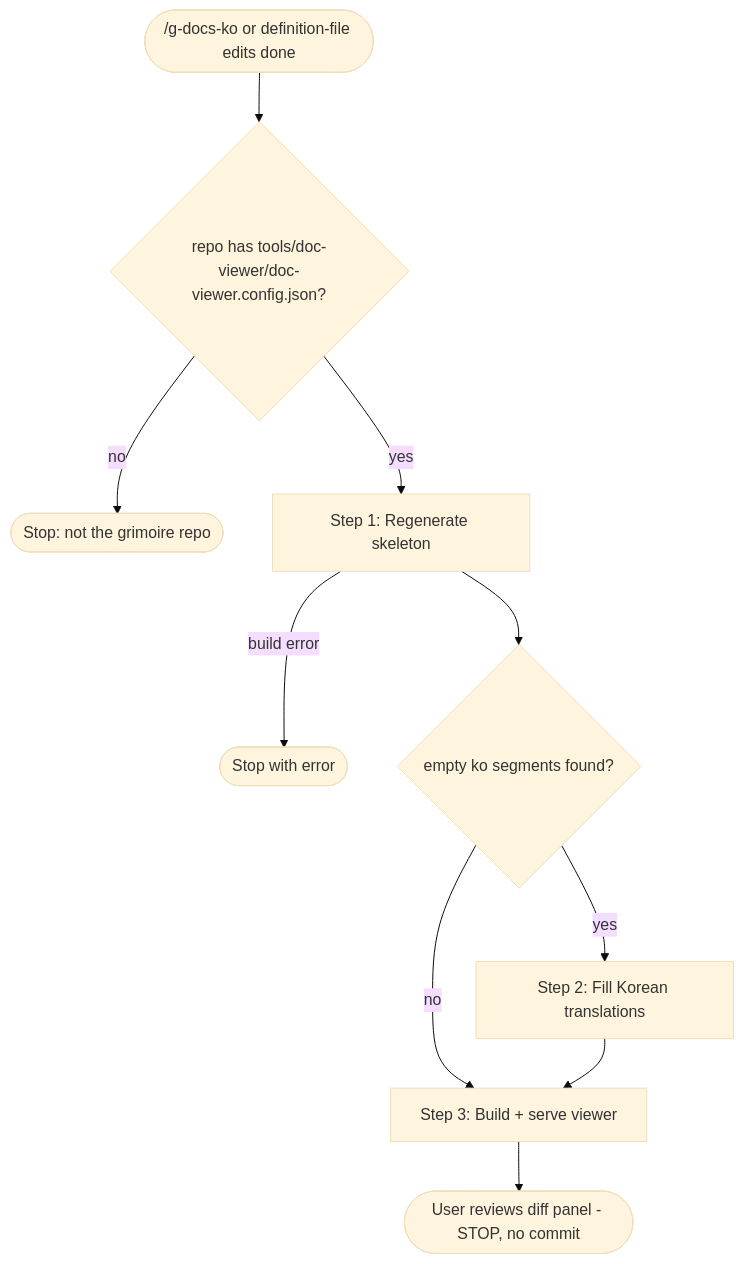
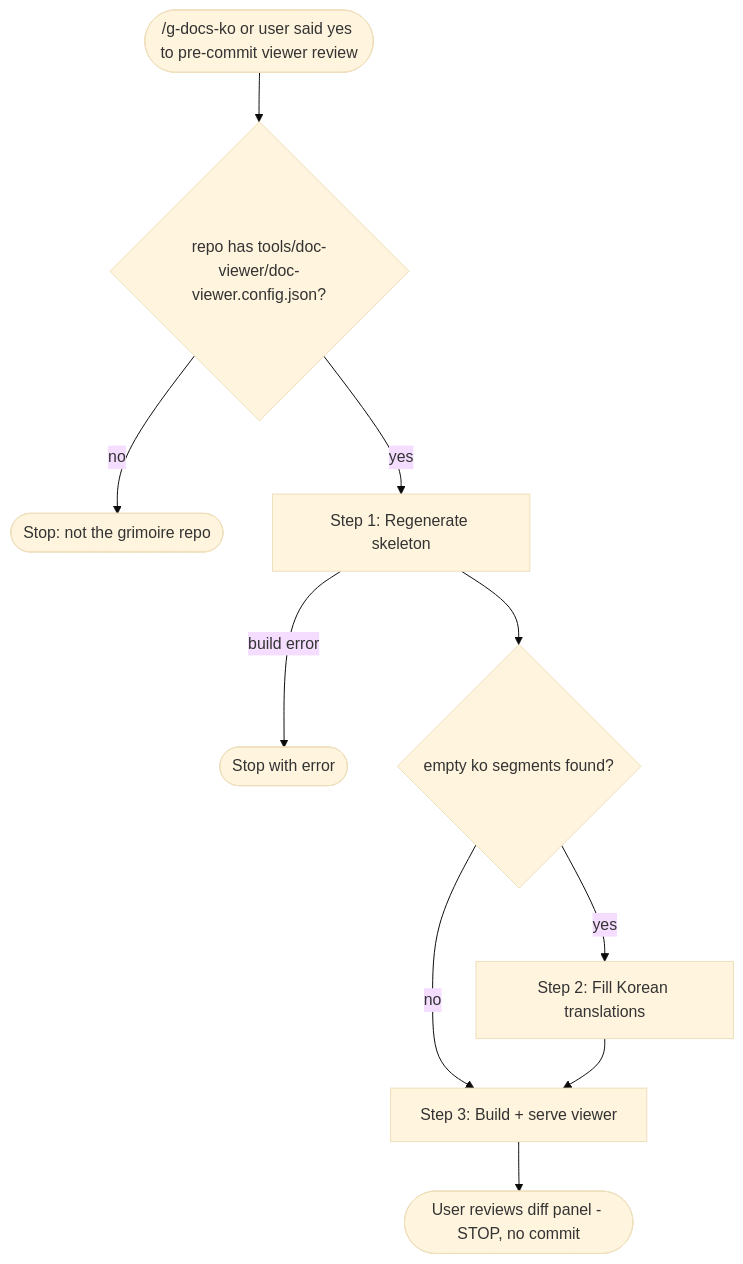
One commit to gloriaJun/grimoire changed the diagram in claude/skills/g-docs-ko/SKILL.md. Above: the diagram before and after it, drawn with Mermaid (base theme). The commit also changed other lines of this file and 7 other files, not shown here.

First line of the commit message:
feat: add korean-review gate for definition files

````diff
--- a/claude/skills/g-docs-ko/SKILL.md
+++ b/claude/skills/g-docs-ko/SKILL.md
@@ -18,12 +20,12 @@
 ```mermaid
 flowchart TD
-    A(["/g-docs-ko or definition-file edits done"]) --> B{"repo has tools/doc-viewer/doc-viewer.config.json?"}
+    A(["/g-docs-ko or user said yes to pre-commit viewer review"]) --> B{"repo has tools/doc-viewer/doc-viewer.config.json?"}
     B -- no --> Z(["Stop: not the grimoire repo"])
     B -- yes --> C["Step 1: Regenerate skeleton"]
     C -- build error --> Z2(["Stop with error"])
     C --> D{"empty ko segments found?"}
     D -- yes --> E["Step 2: Fill Korean translations"]
     D -- no --> F
     E --> F["Step 3: Build + serve viewer"]
     F --> G(["User reviews diff panel - STOP, no commit"])
 ```
````
